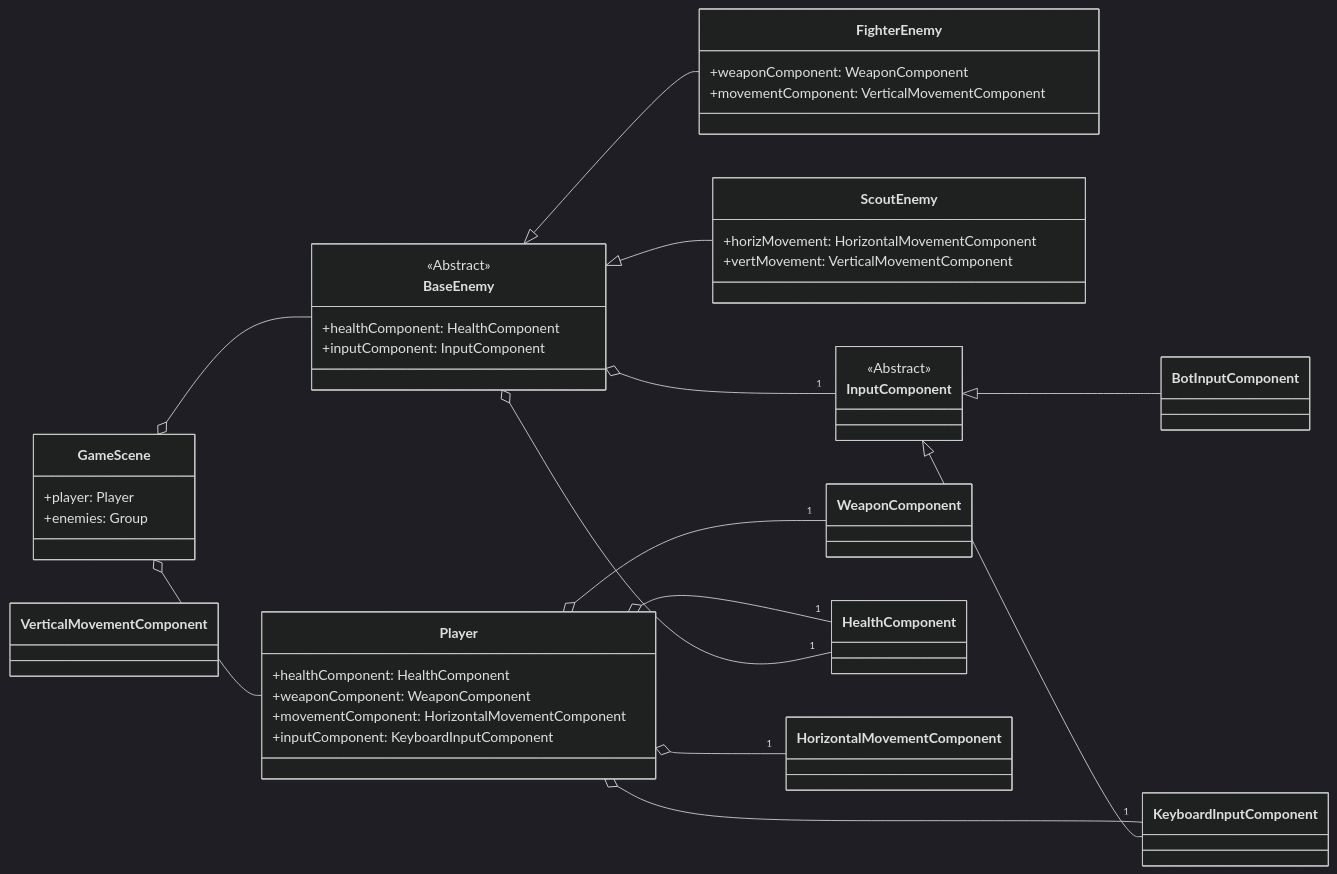
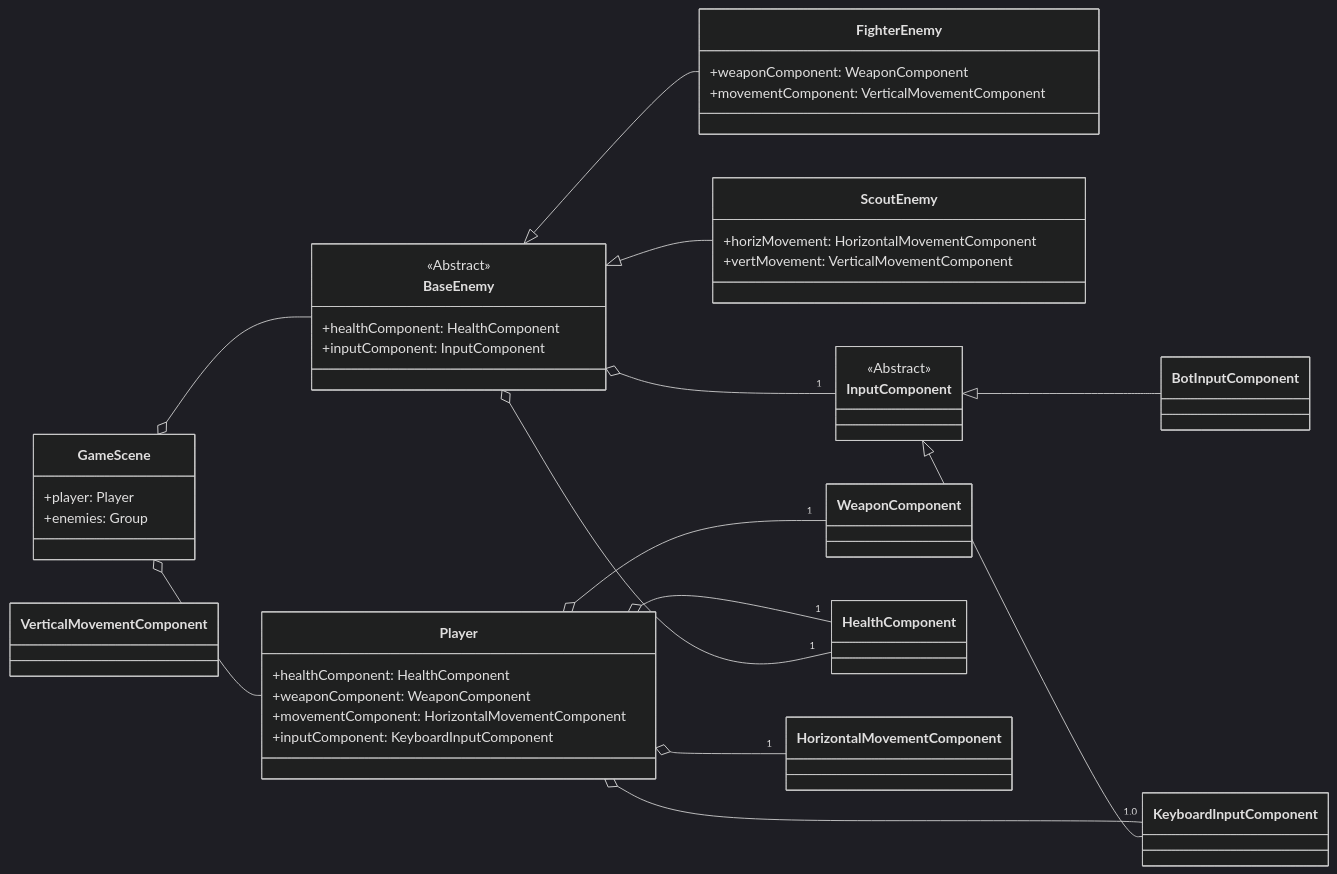
One commit to railroadman/spaceShooter changed the diagram in docs/architecture.md. Above: the diagram before and after it, drawn with Mermaid (dark theme). The commit also changed other lines of this file and 10 other files, not shown here.

````diff
--- a/docs/architecture.md
+++ b/docs/architecture.md
@@ -1,59 +79,59 @@
 ```mermaid
 classDiagram
     direction LR
 
     class GameScene {
         +player: Player
         +enemies: Group
     }
 
     class Player {
         +healthComponent: HealthComponent
         +weaponComponent: WeaponComponent
         +movementComponent: HorizontalMovementComponent
         +inputComponent: KeyboardInputComponent
     }
 
     class BaseEnemy {
         <<Abstract>>
         +healthComponent: HealthComponent
         +inputComponent: InputComponent
     }
 
     class FighterEnemy {
         +weaponComponent: WeaponComponent
         +movementComponent: VerticalMovementComponent
     }
 
     class ScoutEnemy {
         +horizMovement: HorizontalMovementComponent
         +vertMovement: VerticalMovementComponent
     }
 
     class InputComponent {
         <<Abstract>>
     }
     class KeyboardInputComponent
     class BotInputComponent
 
     class WeaponComponent
     class HealthComponent
     class HorizontalMovementComponent
     class VerticalMovementComponent
 
     GameScene o-- Player
     GameScene o-- BaseEnemy
 
     Player o-- "1" HealthComponent
     Player o-- "1" WeaponComponent
     Player o-- "1" HorizontalMovementComponent
-    Player o-- "1" KeyboardInputComponent
+    Player o-- "1.0" KeyboardInputComponent
 
     BaseEnemy <|-- FighterEnemy
     BaseEnemy <|-- ScoutEnemy
     BaseEnemy o-- "1" HealthComponent
     BaseEnemy o-- "1" InputComponent
 
     InputComponent <|-- KeyboardInputComponent
     InputComponent <|-- BotInputComponent
 ```
````
